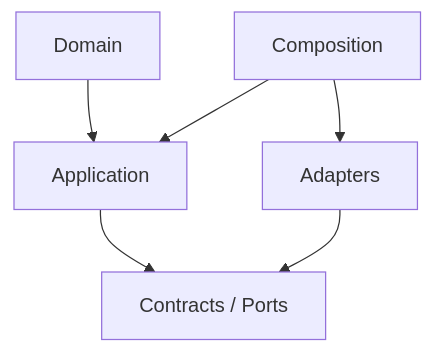
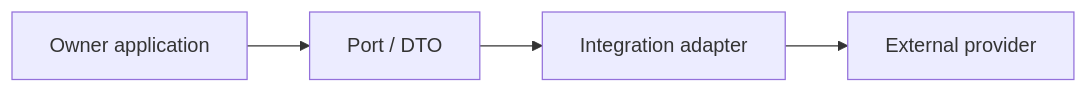
Before and after one commit to 963sup/Line_Bot_v1: the second of 2 diagrams in packages/google-workspace/ARCHITECTURE.md, drawn with Mermaid. The commit also changed other lines of this file and 40 other files, not shown here.

Commit message:
docs: generate architecture maps by module kind

````diff
--- a/packages/google-workspace/ARCHITECTURE.md
+++ b/packages/google-workspace/ARCHITECTURE.md
@@ -20,8 +20,6 @@
 ```mermaid
-flowchart TD
-Domain[Domain] --> Application[Application]
-Application --> Contracts[Contracts / Ports]
-Composition[Composition] --> Application
-Adapters[Adapters] --> Contracts
-Composition --> Adapters
+flowchart LR
+  Application[Owner application] --> Port[Port / DTO]
+  Port --> Adapter[Integration adapter]
+  Adapter --> Provider[External provider]
 ```
````
